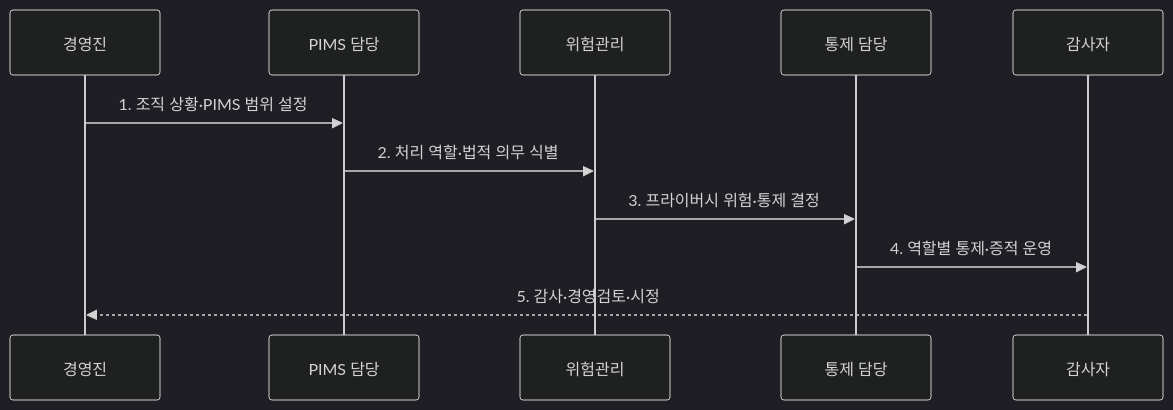
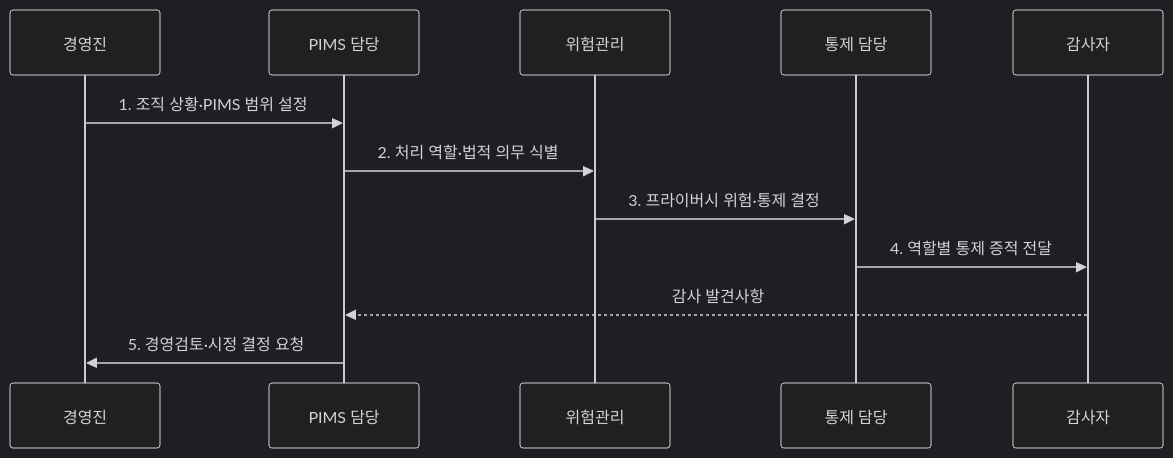
Before and after one commit to agnusdei1207/knowledge-base: the second of 2 diagrams in src/content/docs/notes/05-security/107_iso_27701.md, drawn with Mermaid (dark theme). The commit also changed other lines of this file and 20 other files, not shown here.

````diff
--- a/src/content/docs/notes/05-security/107_iso_27701.md
+++ b/src/content/docs/notes/05-security/107_iso_27701.md
@@ -81,13 +82,14 @@
 ```mermaid
 sequenceDiagram
   participant O as 경영진
   participant P as PIMS 담당
   participant R as 위험관리
   participant C as 통제 담당
   participant A as 감사자
   O->>P: 1. 조직 상황·PIMS 범위 설정
   P->>R: 2. 처리 역할·법적 의무 식별
   R->>C: 3. 프라이버시 위험·통제 결정
-  C->>A: 4. 역할별 통제·증적 운영
-  A-->>O: 5. 감사·경영검토·시정
+  C->>A: 4. 역할별 통제 증적 전달
+  A-->>P: 감사 발견사항
+  P->>O: 5. 경영검토·시정 결정 요청
 ```
````
